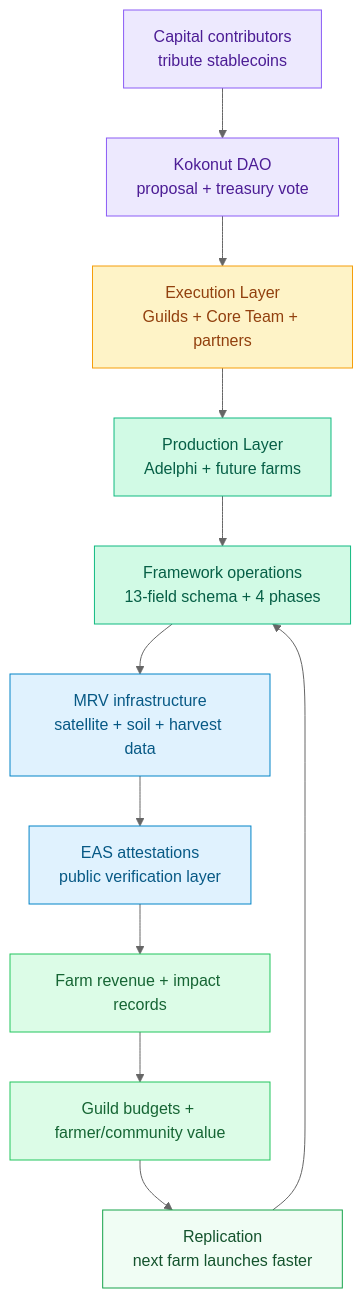
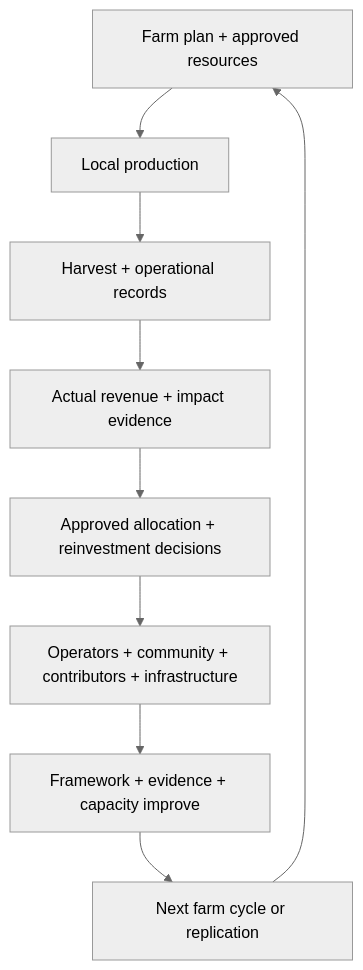
One commit to wasalo/Kokonut-Public-Site changed the second of 2 diagrams in ecosystem-wiki/kokonut-101/solution.mdx. Above: the diagram before and after it, drawn with Mermaid (neutral theme). The commit also changed other lines of this file, not shown here.

Commit message:
docs(kokonut-101): improve solution architecture

````diff
--- a/ecosystem-wiki/kokonut-101/solution.mdx
+++ b/ecosystem-wiki/kokonut-101/solution.mdx
@@ -79,35 +416,11 @@
 ```mermaid
 flowchart TD
-    A["Capital contributors\ntribute stablecoins"]
-    B["Kokonut DAO\nproposal + treasury vote"]
-    C["Execution Layer\nGuilds + Core Team + partners"]
-    D["Production Layer\nAdelphi + future farms"]
-    E["Framework operations\n13-field schema + 4 phases"]
-    F["MRV infrastructure\nsatellite + soil + harvest data"]
-    G["EAS attestations\npublic verification layer"]
-    H["Farm revenue + impact records"]
-    I["Guild budgets + farmer/community value"]
-    J["Replication\nnext farm launches faster"]
-
-    A --> B
-    B --> C
-    C --> D
-    D --> E
-    E --> F
-    F --> G
-    G --> H
-    H --> I
-    I --> J
-    J --> E
-
-    style A fill:#ede9fe,stroke:#8b5cf6,color:#4c1d95
-    style B fill:#ede9fe,stroke:#8b5cf6,color:#4c1d95
-    style C fill:#fef3c7,stroke:#f59e0b,color:#92400e
-    style D fill:#d1fae5,stroke:#10b981,color:#065f46
-    style E fill:#d1fae5,stroke:#10b981,color:#065f46
-    style F fill:#e0f2fe,stroke:#0284c7,color:#075985
-    style G fill:#e0f2fe,stroke:#0284c7,color:#075985
-    style H fill:#dcfce7,stroke:#22c55e,color:#166534
-    style I fill:#dcfce7,stroke:#22c55e,color:#166534
-    style J fill:#f0fdf4,stroke:#16a34a,color:#14532d
+    A["Farm plan + approved resources"] --> B["Local production"]
+    B --> C["Harvest + operational records"]
+    C --> D["Actual revenue + impact evidence"]
+    D --> E["Approved allocation + reinvestment decisions"]
+    E --> F["Operators + community + contributors + infrastructure"]
+    F --> G["Framework + evidence + capacity improve"]
+    G --> H["Next farm cycle or replication"]
+    H --> A
 ```
````
